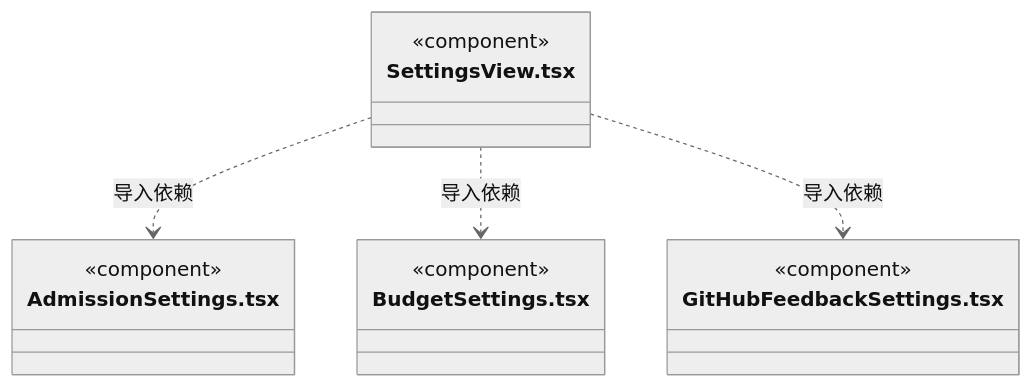
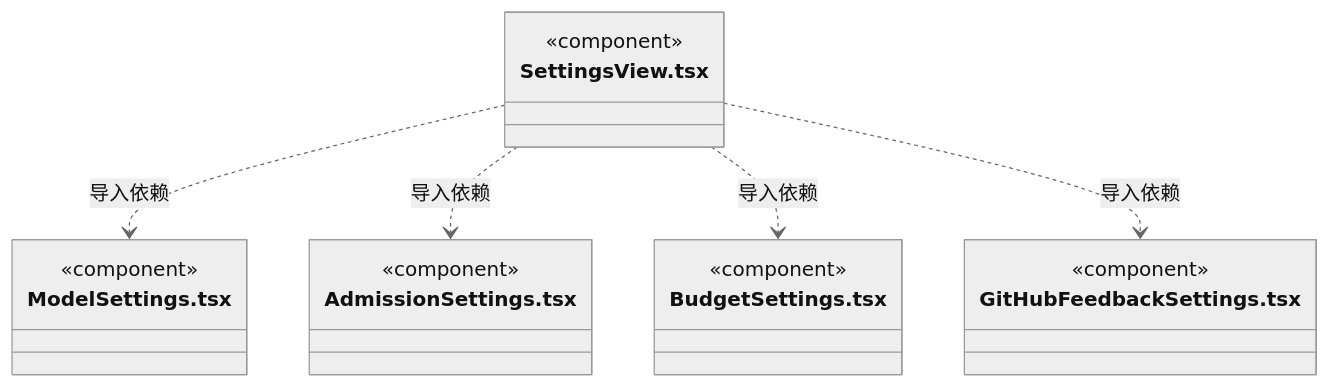
Diagram 12 of 13 in src/frontend/settings/ARCHITECTURE.md (nan023062/cbim), drawn with Mermaid (neutral theme) before and after one commit. The commit also changed other lines of this file and 41 other files, not shown here.

````diff
--- a/src/frontend/settings/ARCHITECTURE.md
+++ b/src/frontend/settings/ARCHITECTURE.md
@@ -185,18 +201,22 @@
 ```mermaid
 classDiagram
 class N_src_frontend_settings_SettingsView_tsx["SettingsView.tsx"] {
+  <<component>>
+}
+class N_src_frontend_settings_ModelSettings_tsx["ModelSettings.tsx"] {
   <<component>>
 }
 class N_src_frontend_settings_AdmissionSettings_tsx["AdmissionSettings.tsx"] {
   <<component>>
 }
 class N_src_frontend_settings_BudgetSettings_tsx["BudgetSettings.tsx"] {
   <<component>>
 }
 class N_src_frontend_settings_GitHubFeedbackSettings_tsx["GitHubFeedbackSettings.tsx"] {
   <<component>>
 }
+N_src_frontend_settings_SettingsView_tsx ..> N_src_frontend_settings_ModelSettings_tsx : 导入依赖
 N_src_frontend_settings_SettingsView_tsx ..> N_src_frontend_settings_AdmissionSettings_tsx : 导入依赖
 N_src_frontend_settings_SettingsView_tsx ..> N_src_frontend_settings_BudgetSettings_tsx : 导入依赖
 N_src_frontend_settings_SettingsView_tsx ..> N_src_frontend_settings_GitHubFeedbackSettings_tsx : 导入依赖
 ```
````
